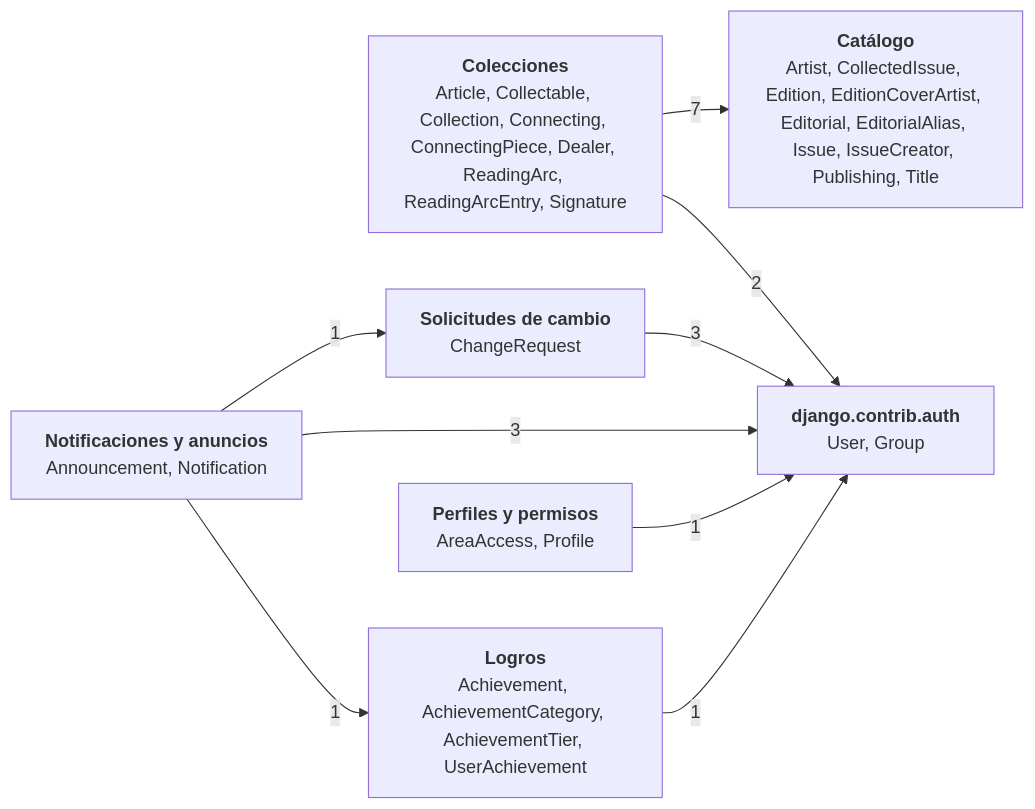
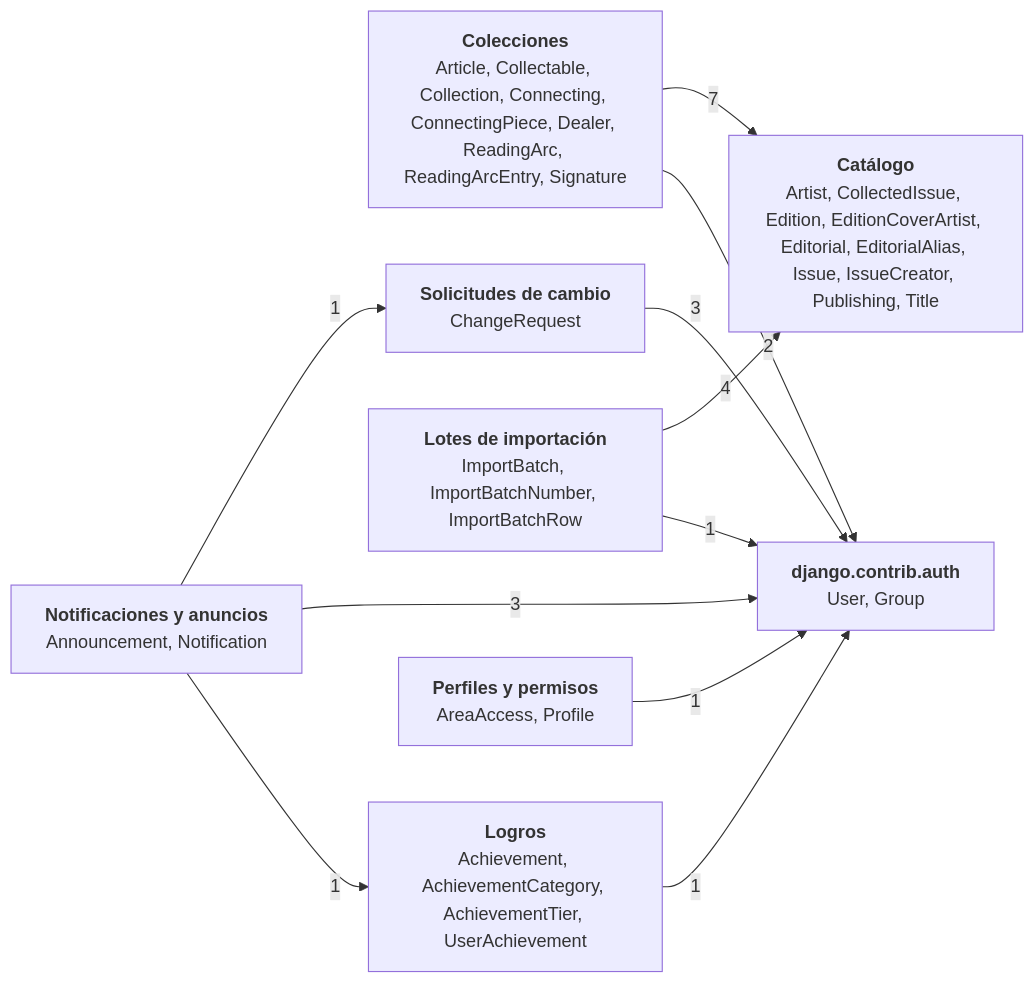
One commit to DeadSpawnZ/comics changed the second of 9 diagrams in README.md. Above: the diagram before and after it, drawn with Mermaid. The commit also changed other lines of this file and 38 other files, not shown here.

````diff
--- a/README.md
+++ b/README.md
@@ -202,18 +202,21 @@
 ```mermaid
 flowchart LR
     catalog["<b>Catálogo</b><br/>Artist, CollectedIssue, Edition, EditionCoverArtist, Editorial, EditorialAlias, Issue, IssueCreator, Publishing, Title"]
     collections["<b>Colecciones</b><br/>Article, Collectable, Collection, Connecting, ConnectingPiece, Dealer, ReadingArc, ReadingArcEntry, Signature"]
     change_requests["<b>Solicitudes de cambio</b><br/>ChangeRequest"]
+    imports["<b>Lotes de importación</b><br/>ImportBatch, ImportBatchNumber, ImportBatchRow"]
     achievements["<b>Logros</b><br/>Achievement, AchievementCategory, AchievementTier, UserAchievement"]
     notifications["<b>Notificaciones y anuncios</b><br/>Announcement, Notification"]
     profiles["<b>Perfiles y permisos</b><br/>AreaAccess, Profile"]
     auth["<b>django.contrib.auth</b><br/>User, Group"]
     achievements -->|1| auth
     change_requests -->|3| auth
     collections -->|2| auth
     collections -->|7| catalog
+    imports -->|1| auth
+    imports -->|4| catalog
     notifications -->|1| achievements
     notifications -->|3| auth
     notifications -->|1| change_requests
     profiles -->|1| auth
 ```
````
